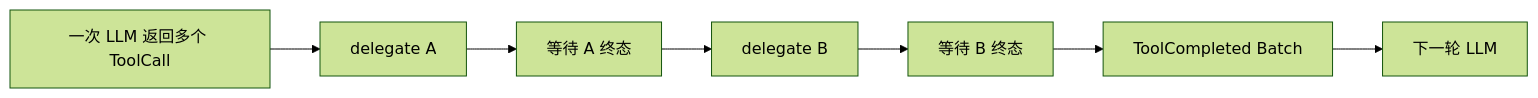
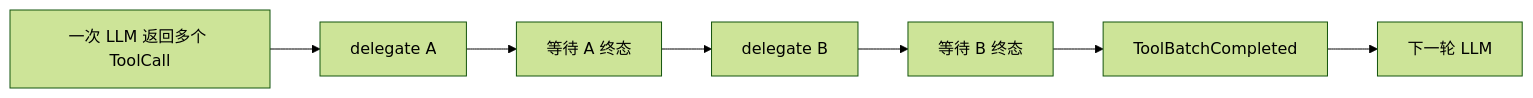
Diagram 18 of 21 in docs/wiki/Orchestration 与 Delegation 模块总体说明.md (aandbcct/dotClaw), drawn with Mermaid (forest theme) before and after one commit. The commit also changed other lines of this file and 25 other files, not shown here.

````diff
--- a/docs/wiki/Orchestration 与 Delegation 模块总体说明.md
+++ b/docs/wiki/Orchestration 与 Delegation 模块总体说明.md
@@ -1442,9 +1425,9 @@
 ```mermaid
 flowchart LR
     LLM["一次 LLM 返回多个 ToolCall"] --> Call1["delegate A"]
     Call1 --> Wait1["等待 A 终态"]
     Wait1 --> Call2["delegate B"]
     Call2 --> Wait2["等待 B 终态"]
-    Wait2 --> Batch["ToolCompleted Batch"]
+    Wait2 --> Batch["ToolBatchCompleted"]
     Batch --> NextLLM["下一轮 LLM"]
 ```
````
